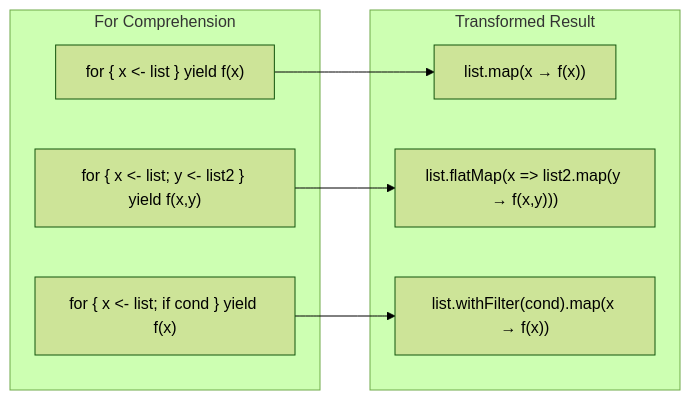
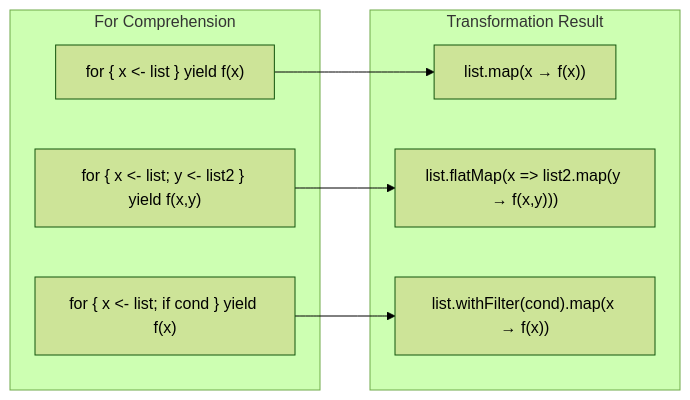
The diagram in content/en/docs/scala/concepts/for-comprehensions.md (advanced-beginner/advanced-beginner.github.io), drawn with Mermaid (forest theme) before and after one commit. The commit also changed other lines of this file and 30 other files, not shown here.

````diff
--- a/content/en/docs/scala/concepts/for-comprehensions.md
+++ b/content/en/docs/scala/concepts/for-comprehensions.md
@@ -13,18 +27,18 @@
 ```mermaid
 flowchart LR
     subgraph "For Comprehension"
         FC1["for { x <- list } yield f(x)"]
         FC2["for { x <- list; y <- list2 } yield f(x,y)"]
         FC3["for { x <- list; if cond } yield f(x)"]
     end
 
-    subgraph "Transformed Result"
+    subgraph "Transformation Result"
         R1["list.map(x → f(x))"]
         R2["list.flatMap(x => list2.map(y → f(x,y)))"]
         R3["list.withFilter(cond).map(x → f(x))"]
     end
 
     FC1 --> R1
     FC2 --> R2
     FC3 --> R3
 ```
````
